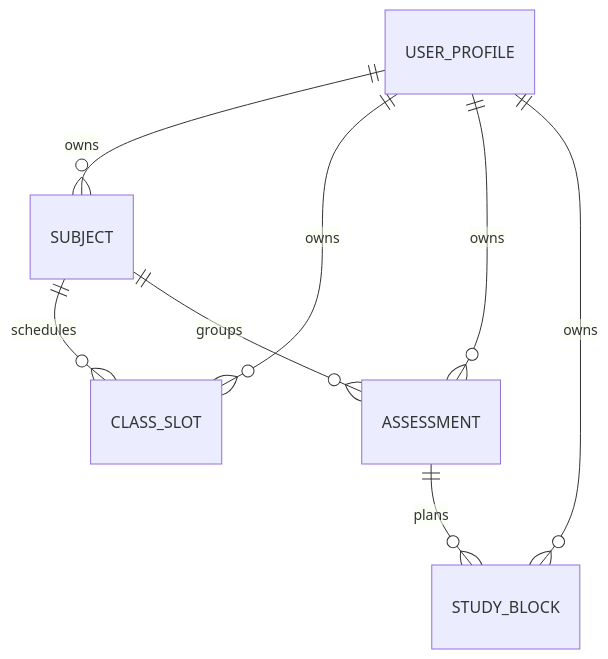
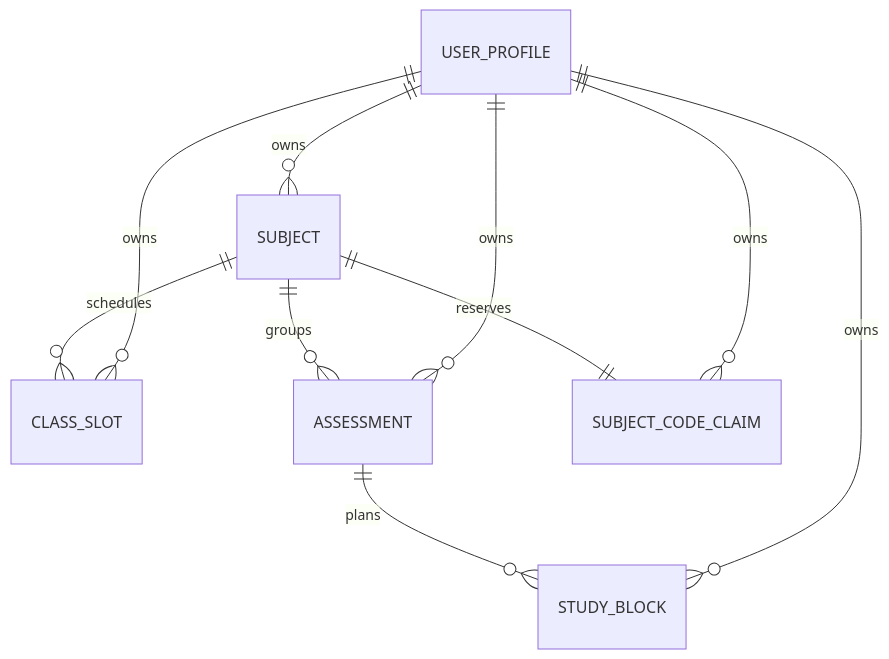
The third of 3 diagrams in docs/design/Accounts_and_Profile_Design.md (Jandre-van-Zyl/studyflow-student-planner), drawn with Mermaid before and after one commit. The commit also changed other lines of this file and 2 other files, not shown here.

````diff
--- a/docs/design/Accounts_and_Profile_Design.md
+++ b/docs/design/Accounts_and_Profile_Design.md
@@ -73,10 +98,12 @@
 ```mermaid
 erDiagram
   USER_PROFILE ||--o{ SUBJECT : owns
   USER_PROFILE ||--o{ CLASS_SLOT : owns
   USER_PROFILE ||--o{ ASSESSMENT : owns
   USER_PROFILE ||--o{ STUDY_BLOCK : owns
+  USER_PROFILE ||--o{ SUBJECT_CODE_CLAIM : owns
+  SUBJECT ||--|| SUBJECT_CODE_CLAIM : reserves
   SUBJECT ||--o{ CLASS_SLOT : schedules
   SUBJECT ||--o{ ASSESSMENT : groups
   ASSESSMENT ||--o{ STUDY_BLOCK : plans
 ```
````
